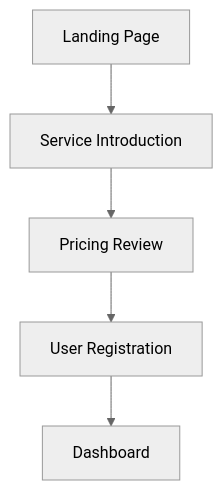
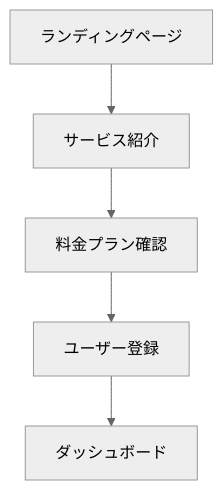
The diagram in docs/commands/playwright/web-analyzer.md (sc30gsw/claude-code-customes), drawn with Mermaid (neutral theme) before and after one commit. The commit also changed other lines of this file and 63 other files, not shown here.

````diff
--- a/docs/commands/playwright/web-analyzer.md
+++ b/docs/commands/playwright/web-analyzer.md
@@ -110,7 +110,7 @@
 ```mermaid
 graph TD
-    A[Landing Page] --> B[Service Introduction]
-    B --> C[Pricing Review]
-    C --> D[User Registration]
-    D --> E[Dashboard]
+    A[ランディングページ] --> B[サービス紹介]
+    B --> C[料金プラン確認]
+    C --> D[ユーザー登録]
+    D --> E[ダッシュボード]
 ```
````
